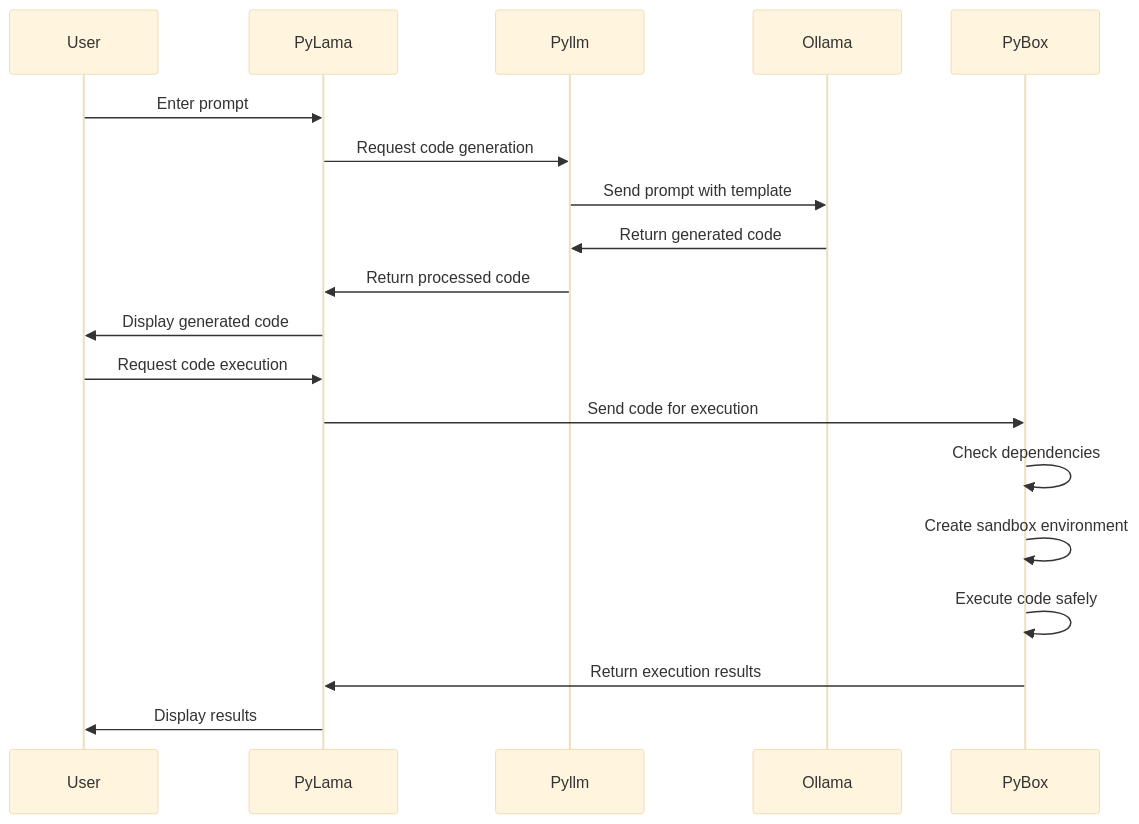
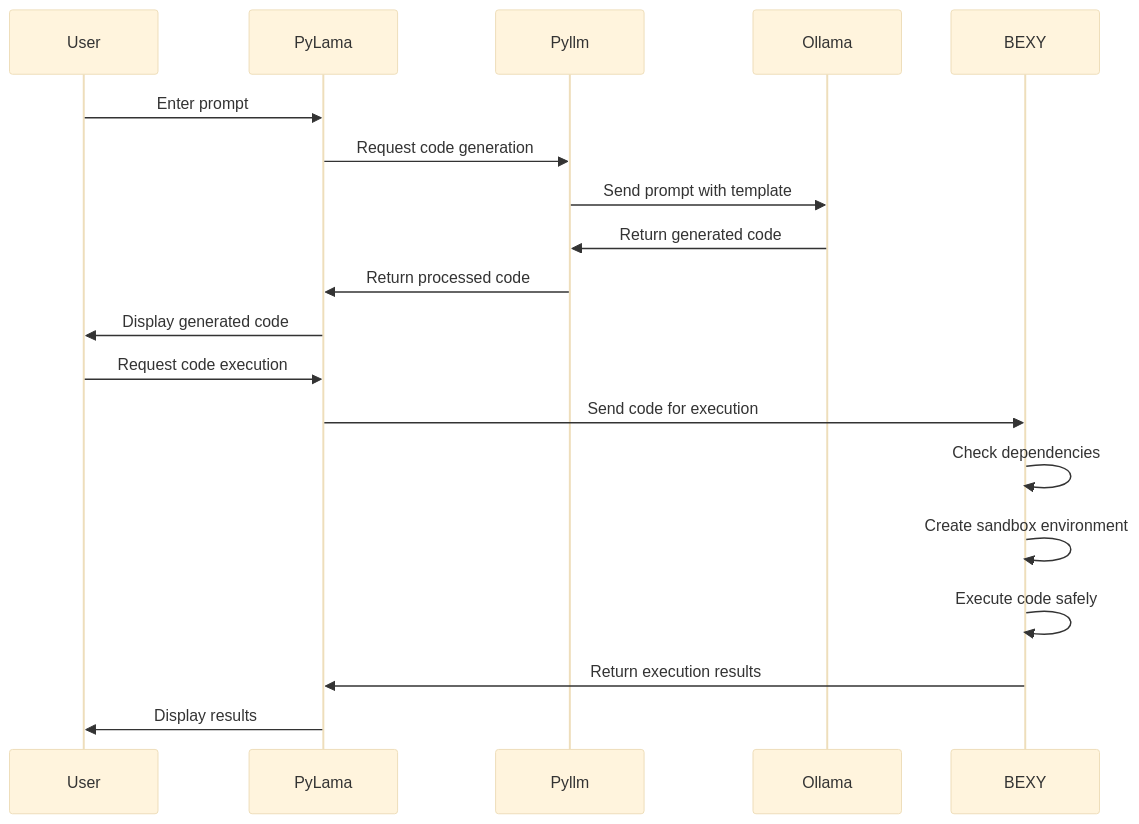
One commit to py-lama/devlama changed the third of 3 diagrams in README.md. Above: the diagram before and after it, drawn with Mermaid (base theme). The commit also changed other lines of this file and 21 other files, not shown here.

````diff
--- a/README.md
+++ b/README.md
@@ -970,22 +970,22 @@
 ```mermaid
 sequenceDiagram
     participant User
     participant PyLama
     participant Pyllm
     participant Ollama
-    participant PyBox
+    participant BEXY
     
     User->>PyLama: Enter prompt
     PyLama->>Pyllm: Request code generation
     Pyllm->>Ollama: Send prompt with template
     Ollama->>Pyllm: Return generated code
     Pyllm->>PyLama: Return processed code
     PyLama->>User: Display generated code
     User->>PyLama: Request code execution
-    PyLama->>PyBox: Send code for execution
-    PyBox->>PyBox: Check dependencies
-    PyBox->>PyBox: Create sandbox environment
-    PyBox->>PyBox: Execute code safely
-    PyBox->>PyLama: Return execution results
+    PyLama->>BEXY: Send code for execution
+    BEXY->>BEXY: Check dependencies
+    BEXY->>BEXY: Create sandbox environment
+    BEXY->>BEXY: Execute code safely
+    BEXY->>PyLama: Return execution results
     PyLama->>User: Display results
 ```
````
